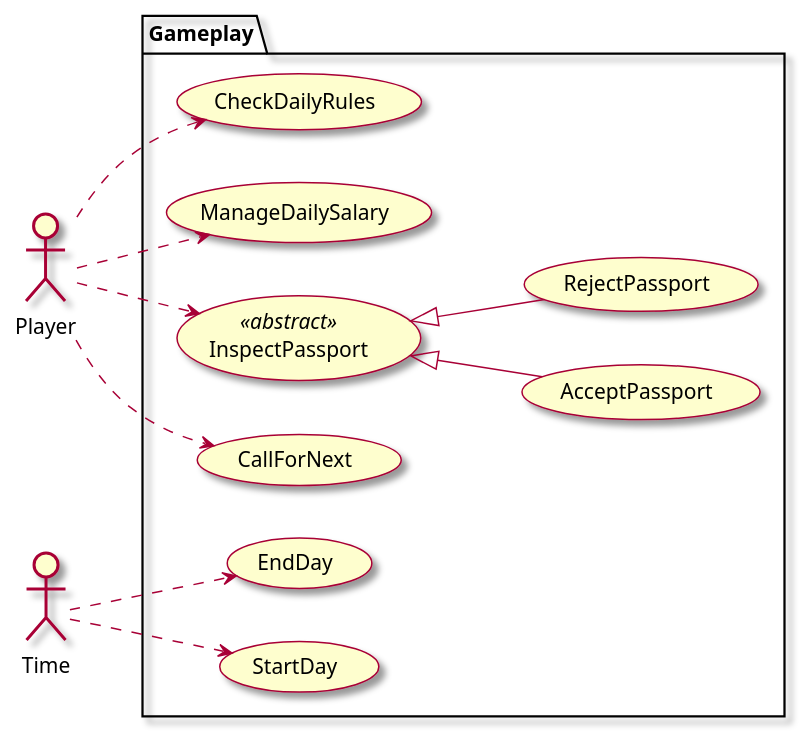
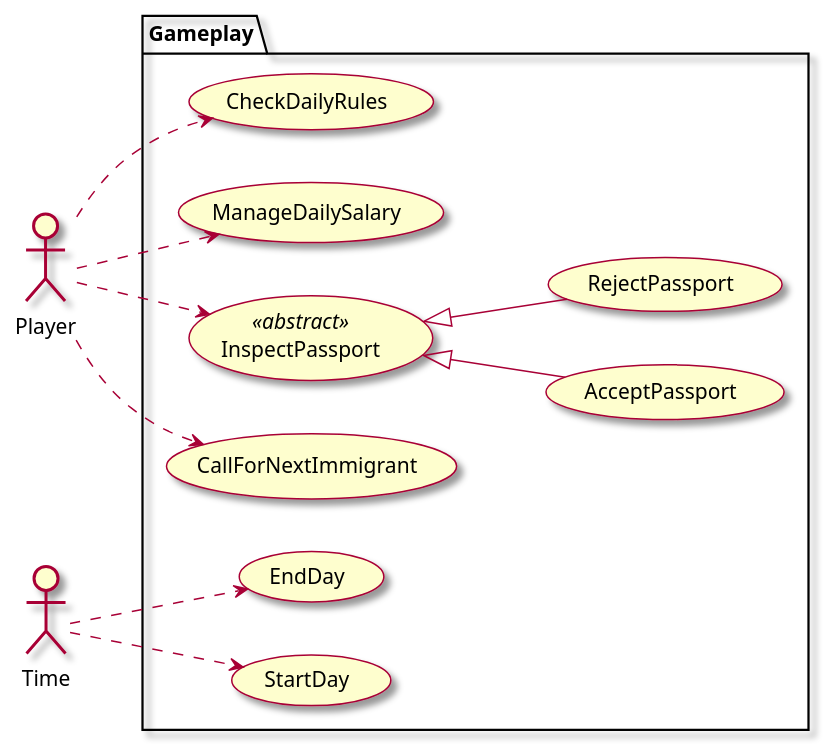
The diagram in Assets/PapersPlease/Documentation~/UseCases.puml (ivarovin/PapersPlease_LearningProject), drawn with PlantUML before and after one commit. The commit also changed 2 other files, not shown here.

```diff
--- a/Assets/PapersPlease/Documentation~/UseCases.puml
+++ b/Assets/PapersPlease/Documentation~/UseCases.puml
@@ -1,33 +1,33 @@
 @startuml
 skin rose
 left to right direction
 
 actor Player
 actor Time
 
 package Gameplay{
-    usecase CallForNext
+    usecase CallForNextImmigrant
     usecase AcceptPassport
     usecase RejectPassport
     usecase InspectPassport <<abstract>> 
     usecase EndDay
     usecase StartDay
     usecase CheckDailyRules
     usecase ManageDailySalary
 
 '    gestionar recursos
 
     AcceptPassport -u-|> InspectPassport
     RejectPassport -u-|> InspectPassport
 }
 
-Player ..> CallForNext
+Player ..> CallForNextImmigrant
 Player ..> InspectPassport
 Player ..> ManageDailySalary
 Player ..> CheckDailyRules
 
 Time ..> EndDay
 Time ..> StartDay
 
 
 @enduml
```
